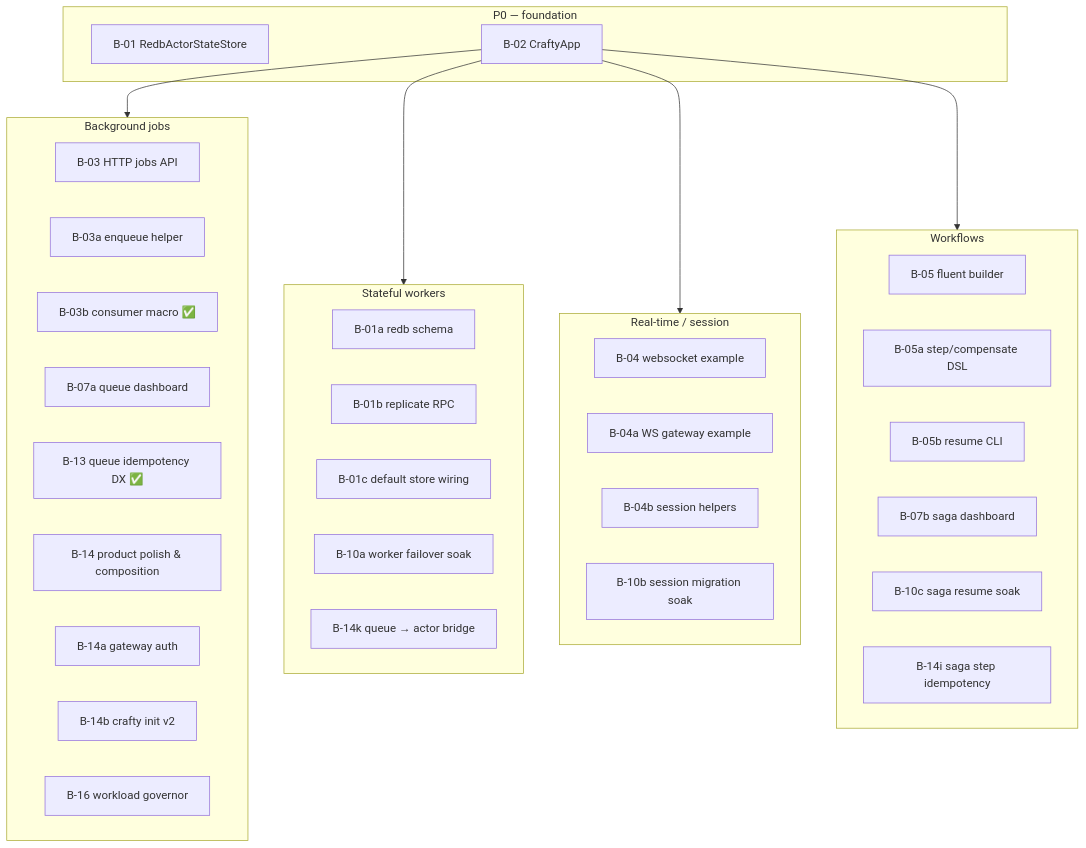
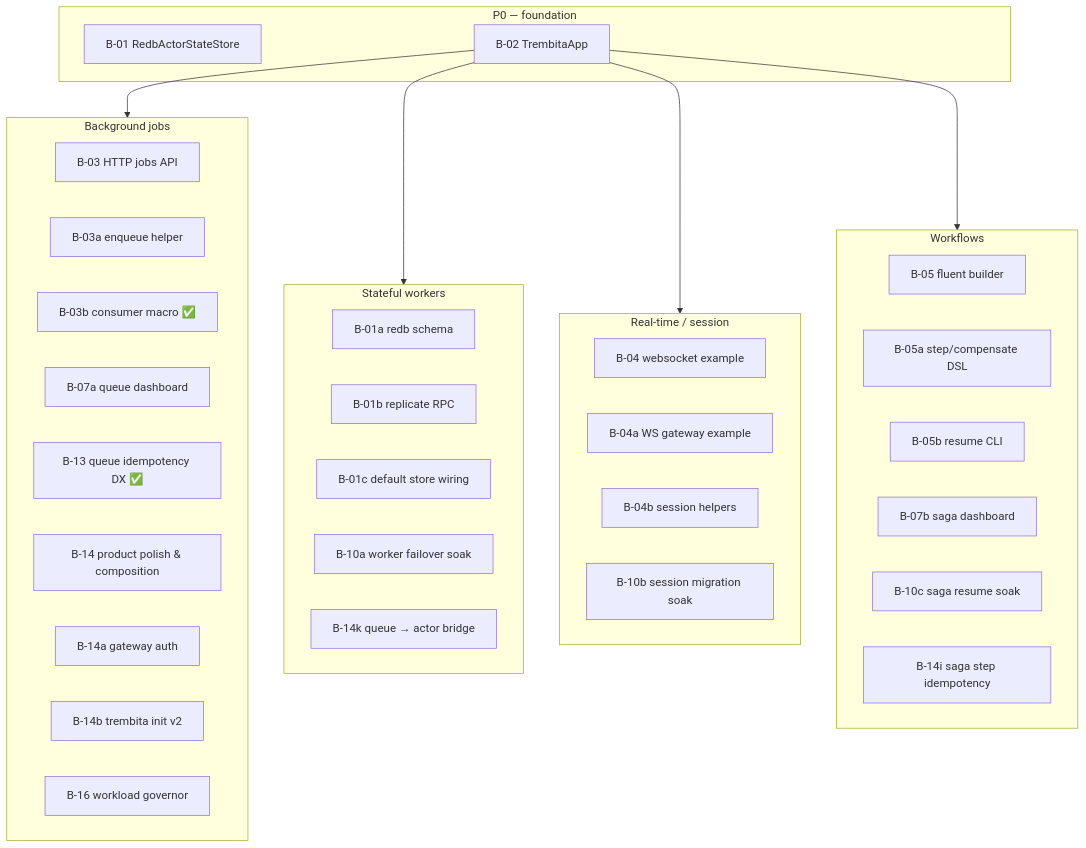
One commit to lemarco/craft changed the diagram in docs/backlog.md. Above: the diagram before and after it, drawn with Mermaid. The commit also changed other lines of this file and 844 other files, not shown here.

First line of the commit message:
refactor!: rename crafty workspace to trembita

````diff
--- a/docs/backlog.md
+++ b/docs/backlog.md
@@ -70,50 +70,50 @@
 ```mermaid
 flowchart TB
     subgraph P0["P0 — foundation"]
         B01[B-01 RedbActorStateStore]
-        B02[B-02 CraftyApp]
+        B02[B-02 TrembitaApp]
     end
 
     subgraph Jobs["Background jobs"]
         B03[B-03 HTTP jobs API]
         B03a[B-03a enqueue helper]
         B03b[B-03b consumer macro ✅]
         B07a[B-07a queue dashboard]
         B13[B-13 queue idempotency DX ✅]
         B14[B-14 product polish & composition]
         B14a[B-14a gateway auth]
-        B14b[B-14b crafty init v2]
+        B14b[B-14b trembita init v2]
         B16[B-16 workload governor]
     end
 
     subgraph Workers["Stateful workers"]
         B01
         B01a[B-01a redb schema]
         B01b[B-01b replicate RPC]
         B01c[B-01c default store wiring]
         B10a[B-10a worker failover soak]
         B14k[B-14k queue → actor bridge]
     end
 
     subgraph Sessions["Real-time / session"]
         B04[B-04 websocket example]
         B04a[B-04a WS gateway example]
         B04b[B-04b session helpers]
         B10b[B-10b session migration soak]
         B14a
     end
 
     subgraph Workflows["Workflows"]
         B05[B-05 fluent builder]
         B05a[B-05a step/compensate DSL]
         B05b[B-05b resume CLI]
         B07b[B-07b saga dashboard]
         B10c[B-10c saga resume soak]
         B14i[B-14i saga step idempotency]
     end
 
     B02 --> Jobs
     B02 --> Workers
     B02 --> Sessions
     B02 --> Workflows
 ```
````
